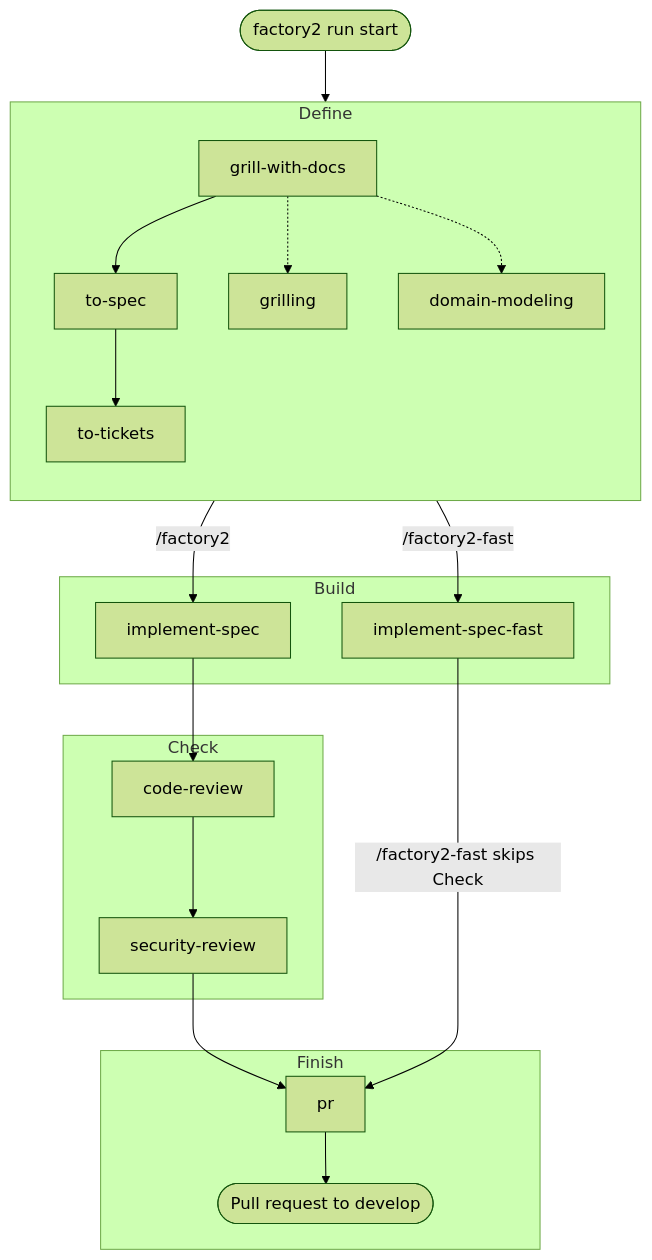
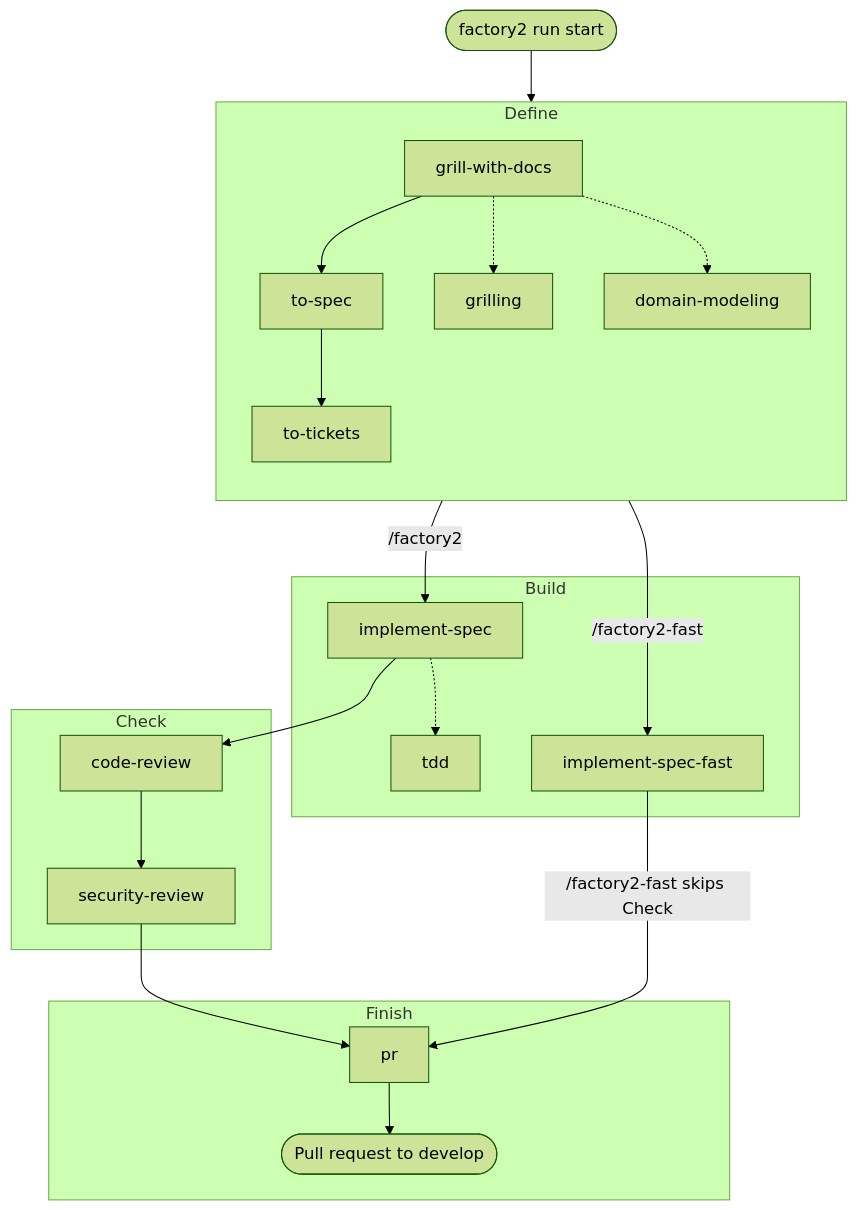
One commit to TDSchreur/jidoka changed the diagram in README.md. Above: the diagram before and after it, drawn with Mermaid (forest theme). The commit also changed other lines of this file and 4 other files, not shown here.

````diff
--- a/README.md
+++ b/README.md
@@ -68,30 +68,30 @@
 ```mermaid
 flowchart TB
     start([factory2 run start]) --> define
 
     subgraph define [Define]
         direction TB
         grill[grill-with-docs] --> spec[to-spec] --> tickets[to-tickets]
         grill -.-> grilling[grilling]
         grill -.-> domain[domain-modeling]
     end
 
     subgraph build [Build]
-        impl[implement-spec]
+        impl[implement-spec] -.-> tdd[tdd]
         implfast[implement-spec-fast]
     end
 
     subgraph check [Check]
         review[code-review] --> security[security-review]
     end
 
     subgraph finish [Finish]
         pr[pr] --> pull([Pull request to develop])
     end
 
     define -->|/factory2| impl
     define -->|/factory2-fast| implfast
     impl --> review
     security --> pr
     implfast -->|/factory2-fast skips Check| pr
 ```
````
